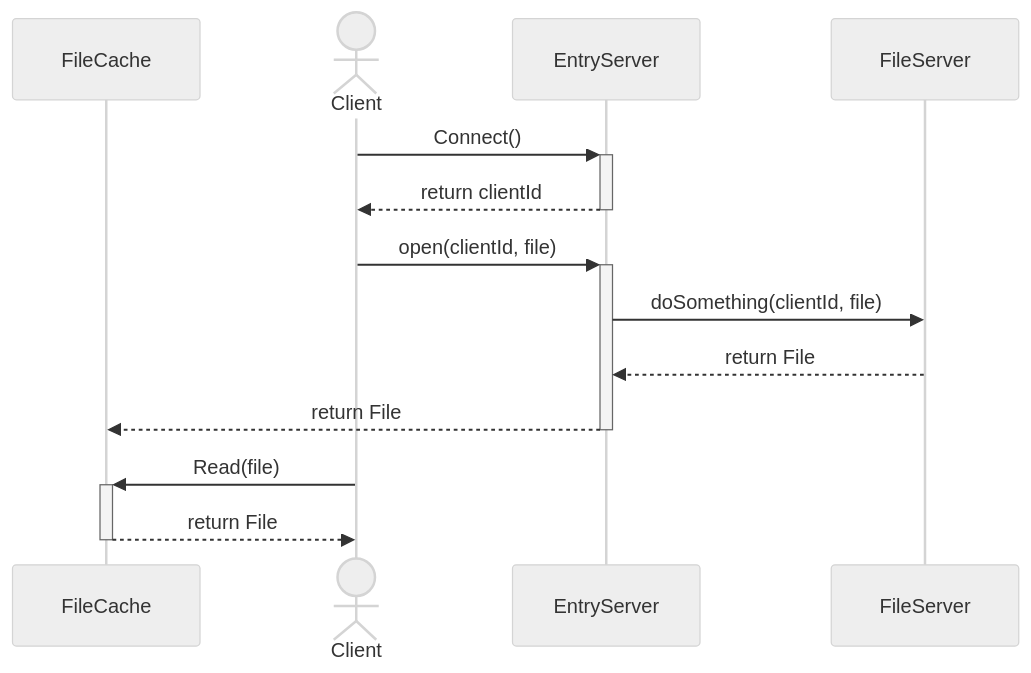
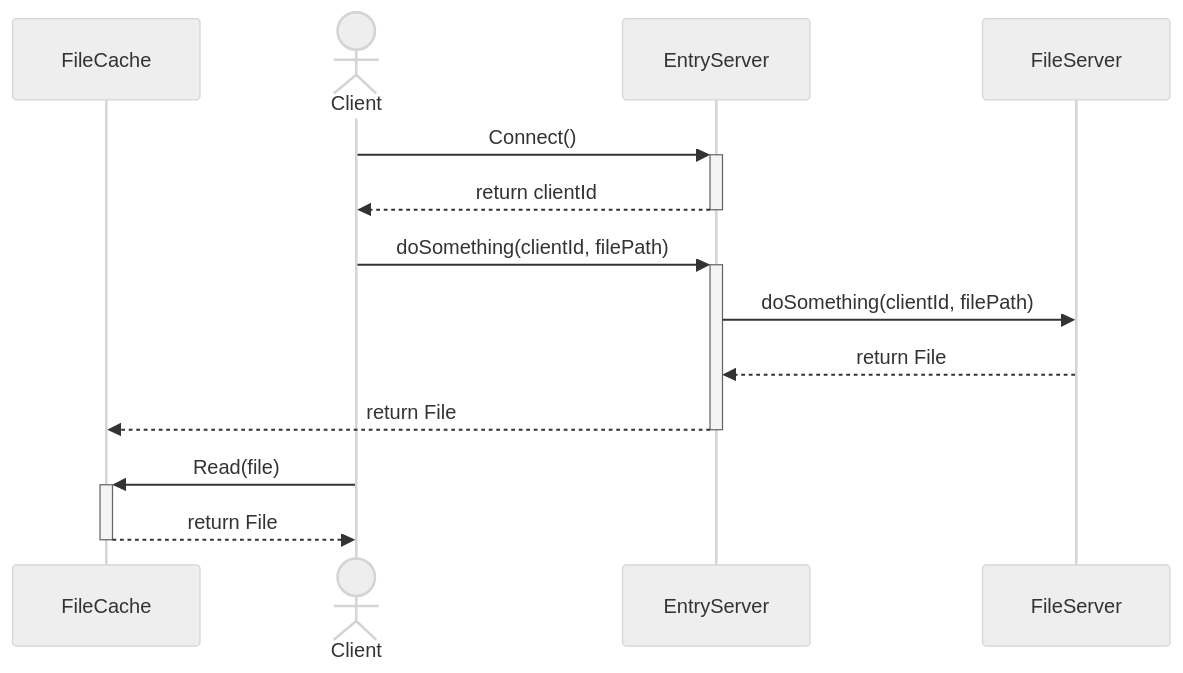
Before and after one commit to kaitokimuraofficial/distributed-file-systems: the diagram in design/sequence.md, drawn with Mermaid (neutral theme).

````diff
--- a/design/sequence.md
+++ b/design/sequence.md
@@ -1,17 +1,17 @@
 ```mermaid
 sequenceDiagram
 
   participant FC as FileCache
   actor C as Client
   participant ES as EntryServer　
   participant FS as FileServer
 
   C->>+ES: Connect()
   ES-->>-C: return clientId 
-  C->>+ES: open(clientId, file)
-  ES->>FS: doSomething(clientId, file)
+  C->>+ES: doSomething(clientId, filePath)
+  ES->>FS: doSomething(clientId, filePath)
   FS-->>ES: return File
   ES-->>-FC: return File
   C->>+FC: Read(file)
   FC-->>-C: return File
 ```
````
